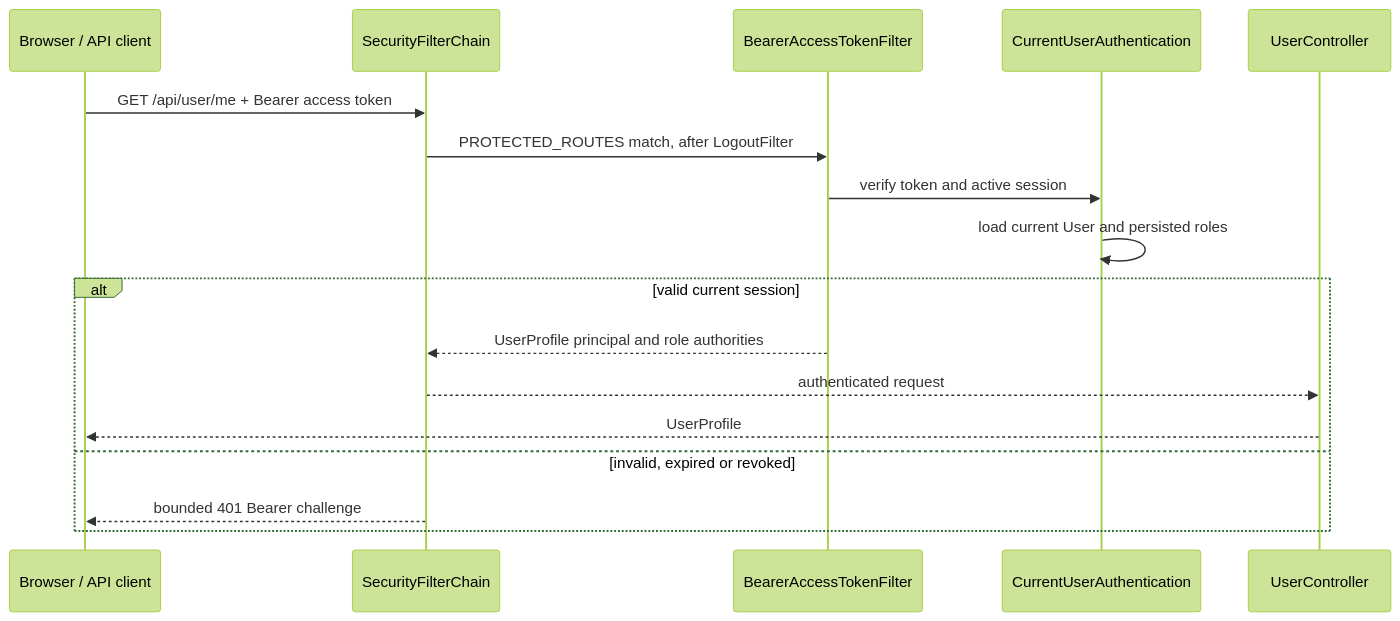
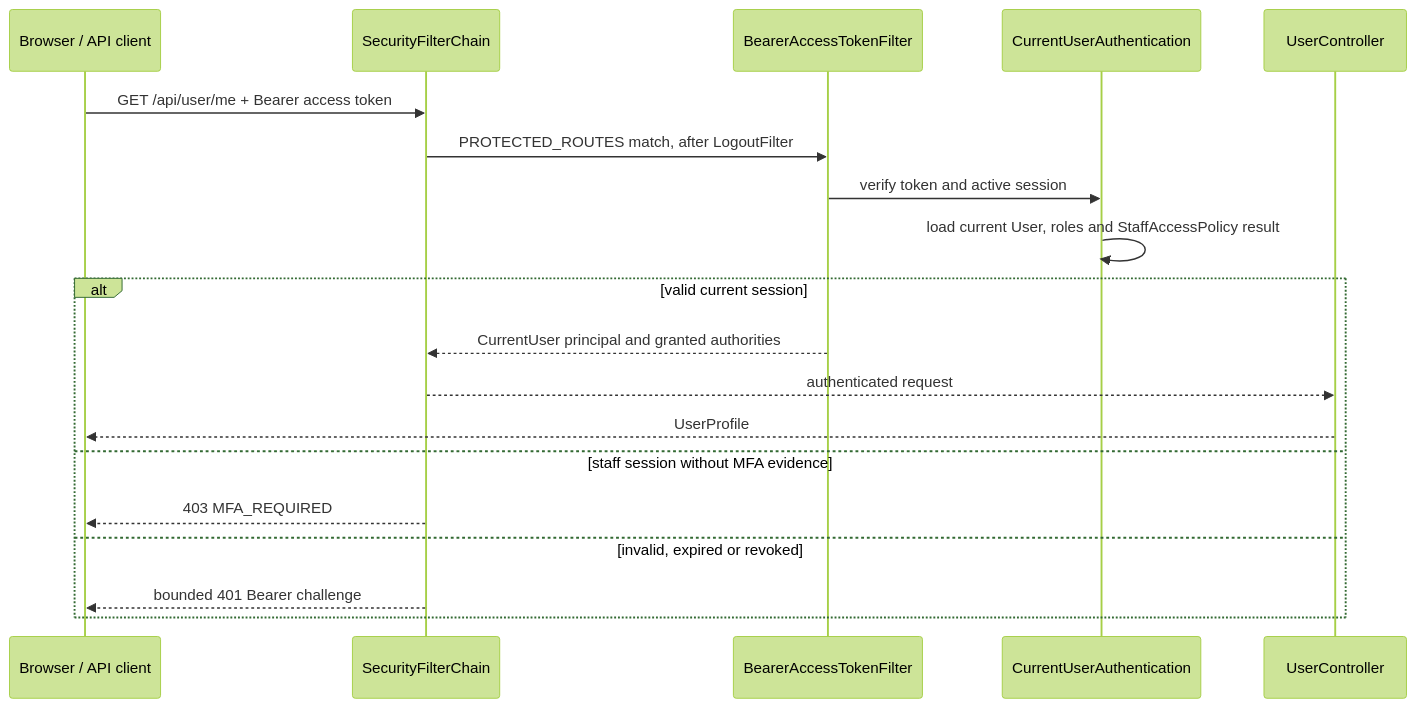
Before and after one commit to n-saakib/medi-wish-bd: the third of 3 diagrams in backend/docs/code-architecture.md, drawn with Mermaid (forest theme). The commit also changed other lines of this file and 146 other files, not shown here.

````diff
--- a/backend/docs/code-architecture.md
+++ b/backend/docs/code-architecture.md
@@ -155,20 +257,22 @@
 ```mermaid
 sequenceDiagram
     participant B as Browser / API client
     participant S as SecurityFilterChain
     participant F as BearerAccessTokenFilter
     participant C as CurrentUserAuthentication
     participant U as UserController
 
     B->>S: GET /api/user/me + Bearer access token
     S->>F: PROTECTED_ROUTES match, after LogoutFilter
     F->>C: verify token and active session
-    C->>C: load current User and persisted roles
+    C->>C: load current User, roles and StaffAccessPolicy result
     alt valid current session
-        F-->>S: UserProfile principal and role authorities
+        F-->>S: CurrentUser principal and granted authorities
         S-->>U: authenticated request
         U-->>B: UserProfile
+    else staff session without MFA evidence
+        S-->>B: 403 MFA_REQUIRED
     else invalid, expired or revoked
         S-->>B: bounded 401 Bearer challenge
     end
 ```
````
